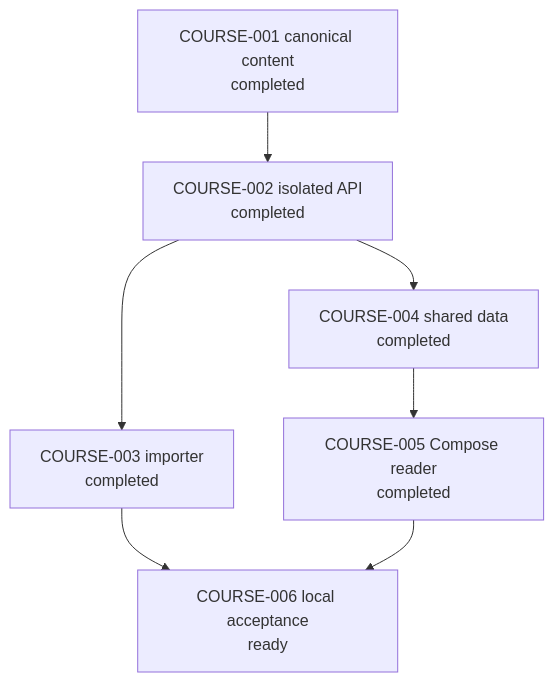
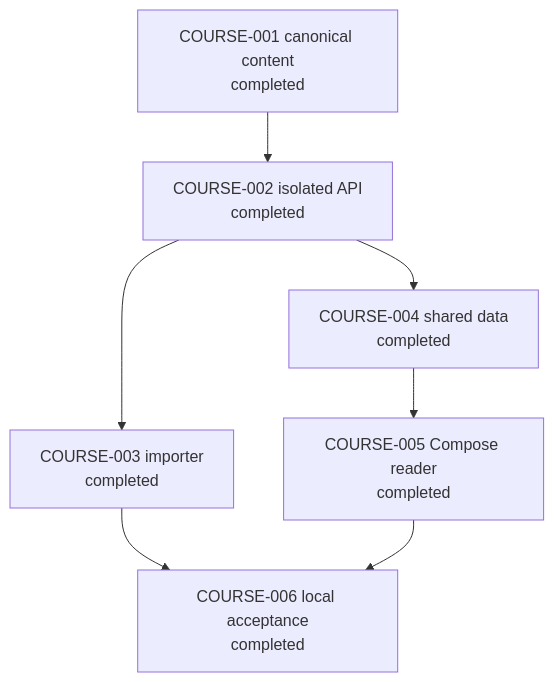
Before and after one commit to allenljf/algorithm-learning: diagram 11 of 21 in agent-workflow/WORK_GRAPH.md, drawn with Mermaid. The commit also changed 3 other files, not shown here.

Commit message:
test(course): record local acceptance

````diff
--- a/agent-workflow/WORK_GRAPH.md
+++ b/agent-workflow/WORK_GRAPH.md
@@ -167,11 +167,11 @@
 ```mermaid
 flowchart TD
   C1[COURSE-001 canonical content\ncompleted]
   C2[COURSE-002 isolated API\ncompleted]
   C3[COURSE-003 importer\ncompleted]
   C4[COURSE-004 shared data\ncompleted]
   C5[COURSE-005 Compose reader\ncompleted]
-  C6[COURSE-006 local acceptance\nready]
+  C6[COURSE-006 local acceptance\ncompleted]
   C1 --> C2 --> C3 --> C6
   C2 --> C4 --> C5 --> C6
 ```
````
